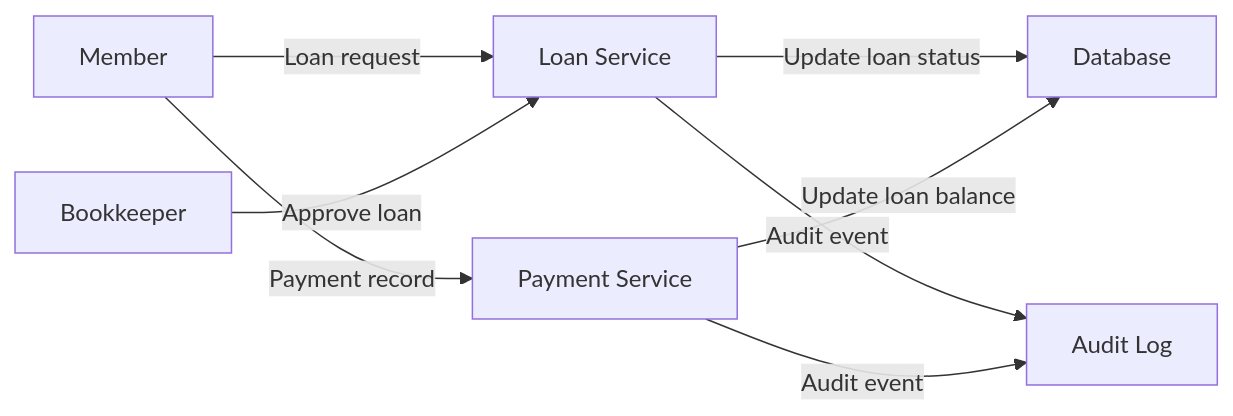
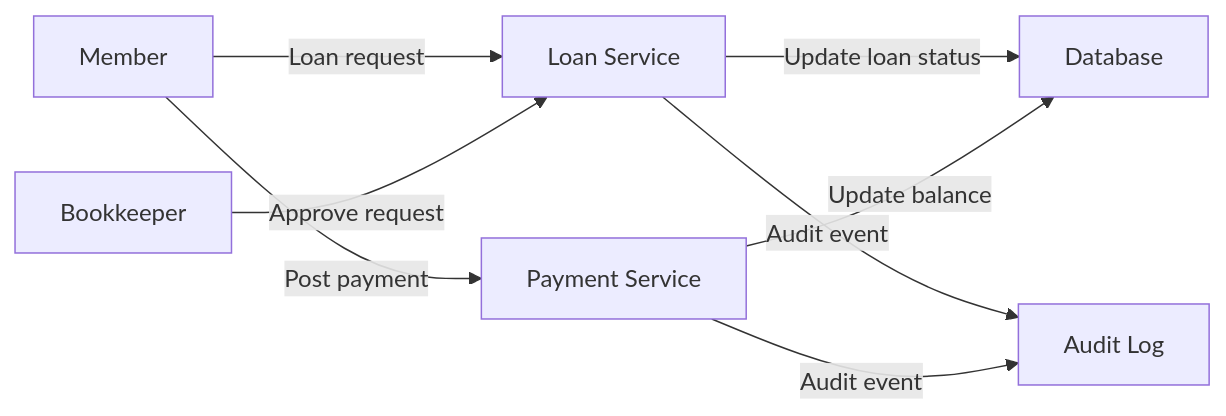
Before and after one commit to Bonuel12142005/KAMBACDIAGRAM: diagram 13 of 16 in README.md, drawn with Mermaid. The commit also changed other lines of this file, not shown here.

Commit message:
Overwrite README.md with the full 16-diagram KIMS proposal summary

````diff
--- a/README.md
+++ b/README.md
@@ -608,17 +513,10 @@
 ```mermaid
 flowchart LR
-    M["Member"]
-    B["Bookkeeper"]
-    LS["Loan Service"]
-    PS["Payment Service"]
-    DB["Database"]
-    AL["Audit Log"]
-
-    M -->|"Loan request"| LS
-    B -->|"Approve loan"| LS
-    LS -->|"Update loan status"| DB
-    M -->|"Payment record"| PS
-    PS -->|"Update loan balance"| DB
-    LS -->|"Audit event"| AL
+    M["Member"] -->|"Loan request"| LS["Loan Service"]
+    B["Bookkeeper"] -->|"Approve request"| LS
+    LS -->|"Update loan status"| DB["Database"]
+    M -->|"Post payment"| PS["Payment Service"]
+    PS -->|"Update balance"| DB
+    LS -->|"Audit event"| AL["Audit Log"]
     PS -->|"Audit event"| AL
 ```
````
